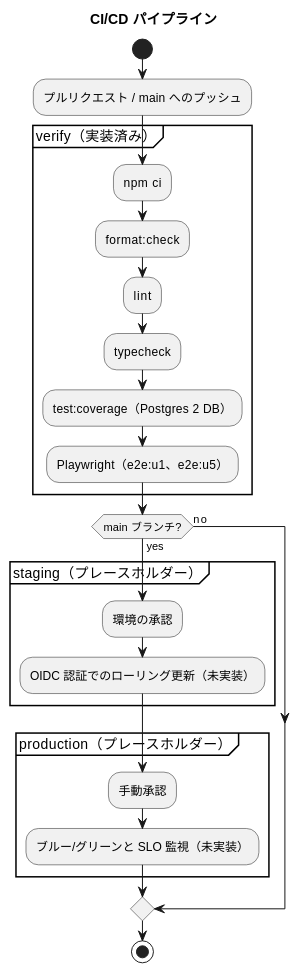
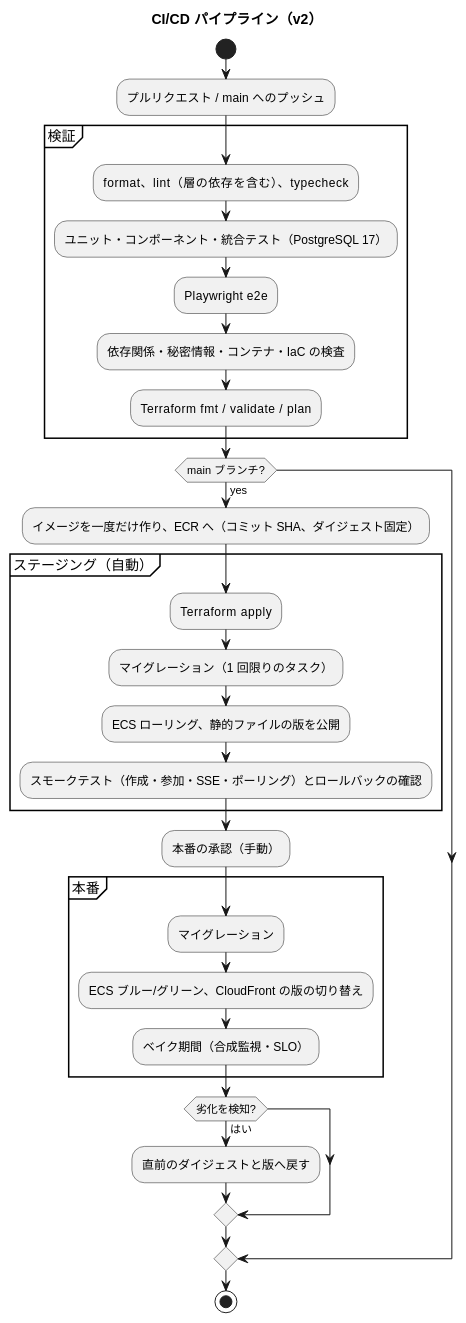
One commit to k2works/case-study-beer-game-simulation changed the second of 2 diagrams in docs/design/beer-game2/architecture-infrastructure.md. Above: the diagram before and after it, drawn with PlantUML. The commit also changed other lines of this file and 5 other files, not shown here.

````diff
--- a/docs/design/beer-game2/architecture-infrastructure.md
+++ b/docs/design/beer-game2/architecture-infrastructure.md
@@ -103,28 +110,34 @@
 ```plantuml
 @startuml
-title CI/CD パイプライン
+title CI/CD パイプライン（v2）
 
 start
 :プルリクエスト / main へのプッシュ;
-partition "verify（実装済み）" {
-  :npm ci;
-  :format:check;
-  :lint;
-  :typecheck;
-  :test:coverage（Postgres 2 DB）;
-  :Playwright（e2e:u1、e2e:u5）;
+partition "検証" {
+  :format、lint（層の依存を含む）、typecheck;
+  :ユニット・コンポーネント・統合テスト（PostgreSQL 17）;
+  :Playwright e2e;
+  :依存関係・秘密情報・コンテナ・IaC の検査;
+  :Terraform fmt / validate / plan;
 }
 if (main ブランチ?) then (yes)
-  partition "staging（プレースホルダー）" {
-    :環境の承認;
-    :OIDC 認証でのローリング更新（未実装）;
+  :イメージを一度だけ作り、ECR へ（コミット SHA、ダイジェスト固定）;
+  partition "ステージング（自動）" {
+    :Terraform apply;
+    :マイグレーション（1 回限りのタスク）;
+    :ECS ローリング、静的ファイルの版を公開;
+    :スモークテスト（作成・参加・SSE・ポーリング）とロールバックの確認;
   }
-  partition "production（プレースホルダー）" {
-    :手動承認;
-    :ブルー/グリーンと SLO 監視（未実装）;
+  :本番の承認（手動）;
+  partition "本番" {
+    :マイグレーション;
+    :ECS ブルー/グリーン、CloudFront の版の切り替え;
+    :ベイク期間（合成監視・SLO）;
   }
-else (no)
+  if (劣化を検知?) then (はい)
+    :直前のダイジェストと版へ戻す;
+  endif
 endif
 stop
 @enduml
 ```
````
